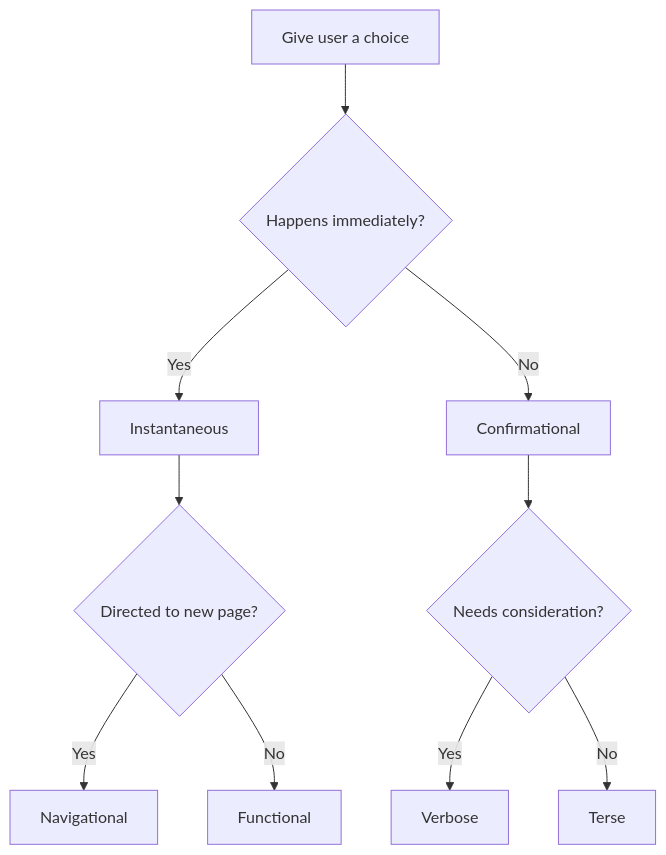
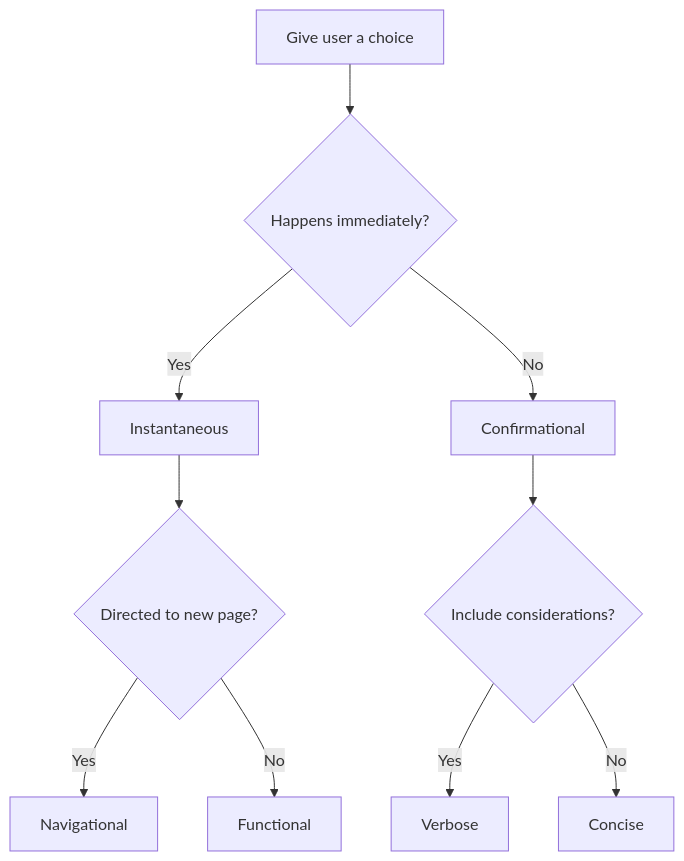
One commit to damato-design/blog changed the diagram in src/posts/choose-your-destiny.md. Above: the diagram before and after it, drawn with Mermaid. The commit also changed other lines of this file, not shown here.

````diff
--- a/src/posts/choose-your-destiny.md
+++ b/src/posts/choose-your-destiny.md
@@ -124,13 +132,13 @@
 ```mermaid
   graph TD
     A[Give user a choice]
     A --> B{Happens immediately?}
     B -->|Yes| C[Instantaneous]
     B -->|No| D[Confirmational]
     C --> E{Directed to new page?}
     E -->|Yes| F[Navigational]
     E -->|No| G[Functional]
-    D -->H{Needs consideration?}
+    D --> H{Include considerations?}
     H -->|Yes| I[Verbose]
-    H -->|No| J[Terse]
+    H -->|No| J[Concise]
 ```
````
